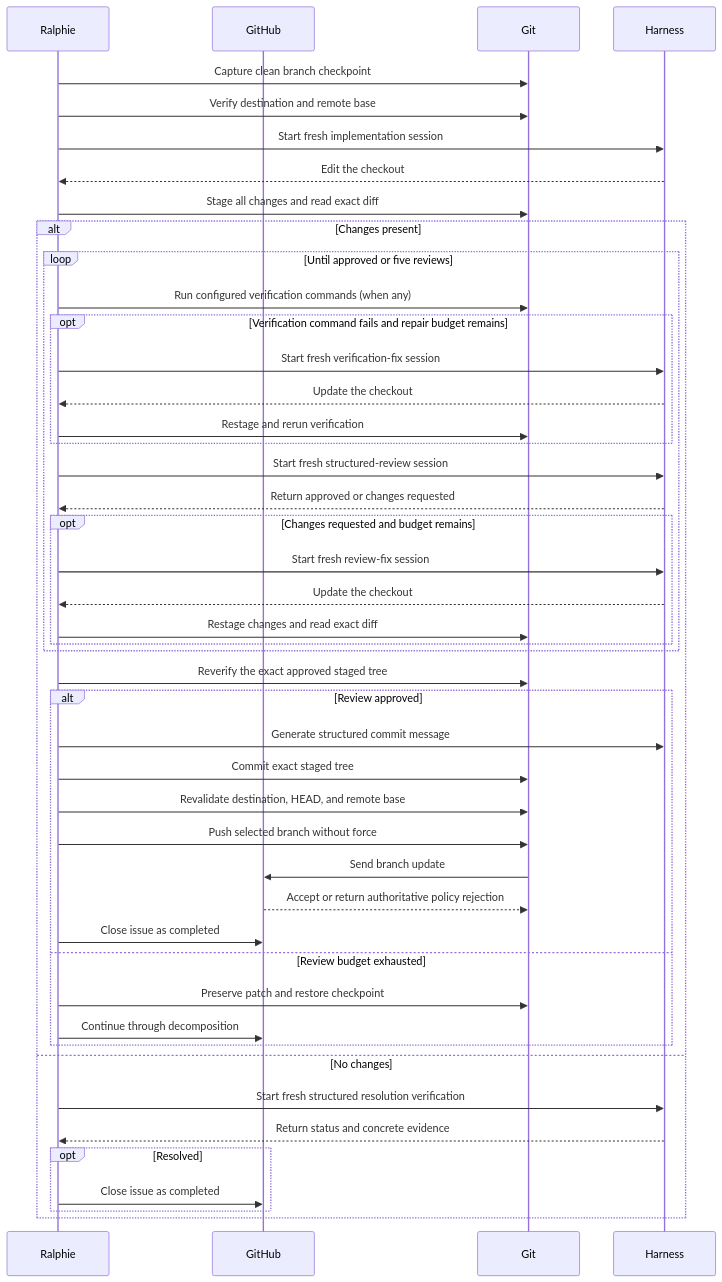
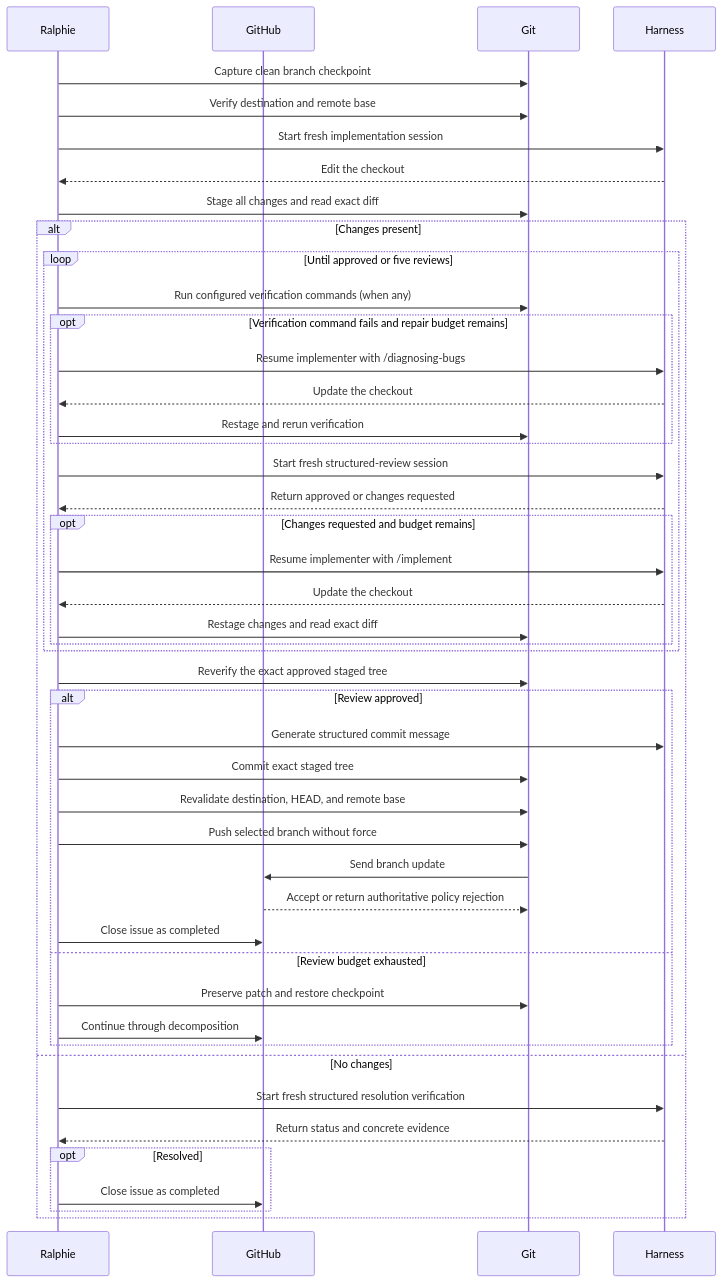
Before and after one commit to beremaran/ralphie: the second of 3 diagrams in docs/workflows.md, drawn with Mermaid. The commit also changed other lines of this file and 9 other files, not shown here.

First line of the commit message:
Resume the implementer session for verification and review fixes

````diff
--- a/docs/workflows.md
+++ b/docs/workflows.md
@@ -131,50 +152,50 @@
 ```mermaid
 sequenceDiagram
     participant R as Ralphie
     participant GH as GitHub
     participant G as Git
     participant P as Harness
 
     R->>G: Capture clean branch checkpoint
     R->>G: Verify destination and remote base
     R->>P: Start fresh implementation session
     P-->>R: Edit the checkout
     R->>G: Stage all changes and read exact diff
 
     alt Changes present
         loop Until approved or five reviews
             R->>G: Run configured verification commands (when any)
             opt Verification command fails and repair budget remains
-                R->>P: Start fresh verification-fix session
+                R->>P: Resume implementer with /diagnosing-bugs
                 P-->>R: Update the checkout
                 R->>G: Restage and rerun verification
             end
             R->>P: Start fresh structured-review session
             P-->>R: Return approved or changes requested
             opt Changes requested and budget remains
-                R->>P: Start fresh review-fix session
+                R->>P: Resume implementer with /implement
                 P-->>R: Update the checkout
                 R->>G: Restage changes and read exact diff
             end
         end
         R->>G: Reverify the exact approved staged tree
     alt Review approved
             R->>P: Generate structured commit message
             R->>G: Commit exact staged tree
             R->>G: Revalidate destination, HEAD, and remote base
             R->>G: Push selected branch without force
             G->>GH: Send branch update
             GH-->>G: Accept or return authoritative policy rejection
             R->>GH: Close issue as completed
         else Review budget exhausted
             R->>G: Preserve patch and restore checkpoint
             R->>GH: Continue through decomposition
         end
     else No changes
         R->>P: Start fresh structured resolution verification
         P-->>R: Return status and concrete evidence
         opt Resolved
             R->>GH: Close issue as completed
         end
     end
 ```
````
